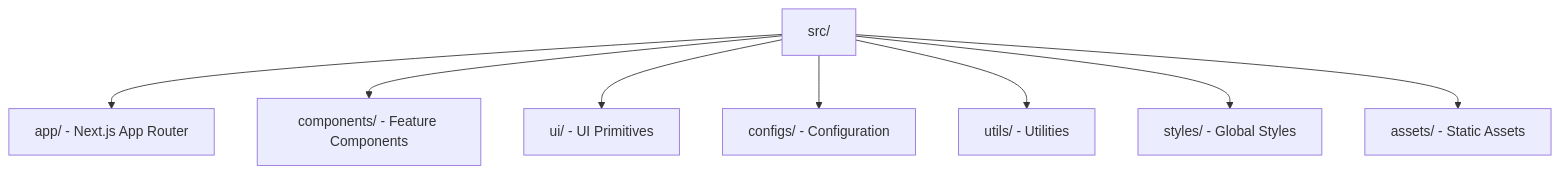
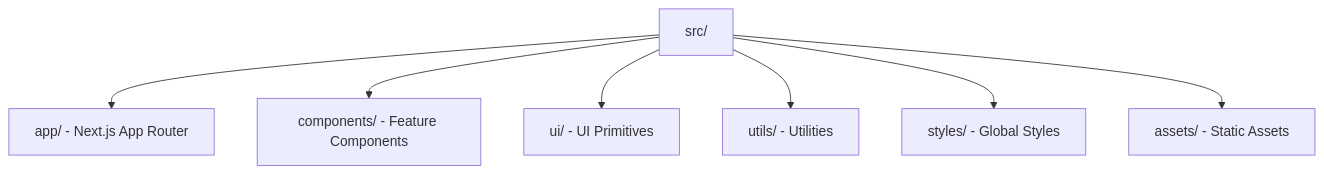
Before and after one commit to SebastianWesolowski/s-template: the diagram in templates/NextJs/NextJs15/templateCatalog/docs/domains/1-getting-started/technical.md-default.md, drawn with Mermaid. The commit also changed 254 other files, not shown here.

````diff
--- a/templates/NextJs/NextJs15/templateCatalog/docs/domains/1-getting-started/technical.md-default.md
+++ b/templates/NextJs/NextJs15/templateCatalog/docs/domains/1-getting-started/technical.md-default.md
@@ -95,10 +95,9 @@
 ```mermaid
 flowchart TD
     A[src/] --> B[app/ - Next.js App Router]
     A --> C[components/ - Feature Components]
     A --> D[ui/ - UI Primitives]
-    A --> E[configs/ - Configuration]
     A --> F[utils/ - Utilities]
     A --> G[styles/ - Global Styles]
     A --> H[assets/ - Static Assets]
 ```
````
